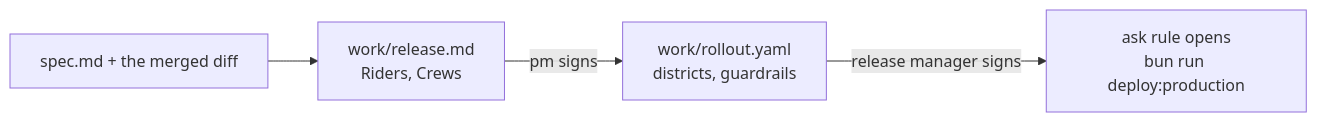
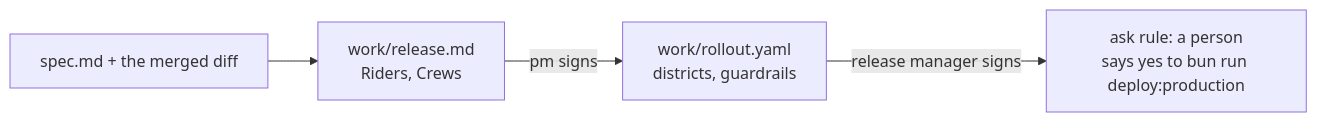
One commit to learnwithparam/ai-sdlc-agentic-workflows changed the diagram in parts/06-release-the-change/README.md. Above: the diagram before and after it, drawn with Mermaid. The commit also changed other lines of this file and 48 other files, not shown here.

First line of the commit message:
Part 06: release the change behind a gate a person opens (#5)

````diff
--- a/parts/06-release-the-change/README.md
+++ b/parts/06-release-the-change/README.md
@@ -13,6 +13,6 @@
 ```mermaid
 flowchart LR
   S[spec.md + the merged diff] --> N[work/release.md<br/>Riders, Crews]
   N -->|pm signs| Y[work/rollout.yaml<br/>districts, guardrails]
-  Y -->|release manager signs| A[ask rule opens<br/>bun run deploy:production]
+  Y -->|release manager signs| A[ask rule: a person<br/>says yes to bun run deploy:production]
 ```
````
